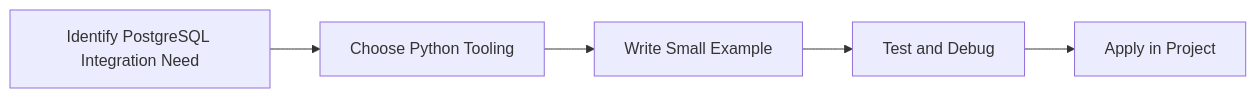
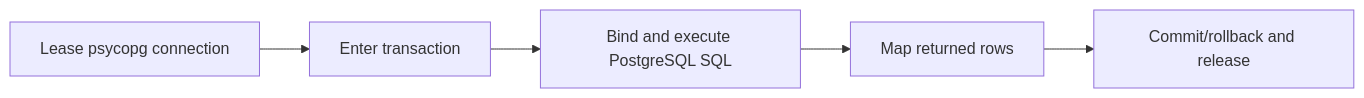
Before and after one commit to SYMOIZ/E-Learning-Portal: the diagram in Python-Mastery/Intermediate/29-postgresql-integration.md, drawn with Mermaid. The commit also changed other lines of this file and 116 other files, not shown here.

````diff
--- a/Python-Mastery/Intermediate/29-postgresql-integration.md
+++ b/Python-Mastery/Intermediate/29-postgresql-integration.md
@@ -138,7 +169,7 @@
 ```mermaid
 flowchart LR
-    A[Identify PostgreSQL Integration Need] --> B[Choose Python Tooling]
-    B --> C[Write Small Example]
-    C --> D[Test and Debug]
-    D --> E[Apply in Project]
+    A[Lease psycopg connection] --> B[Enter transaction]
+    B --> C[Bind and execute PostgreSQL SQL]
+    C --> D[Map returned rows]
+    D --> E[Commit/rollback and release]
 ```
````
